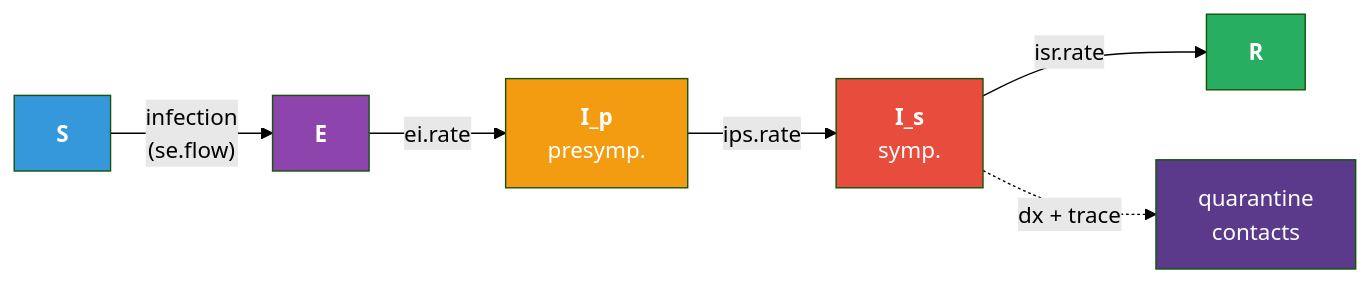
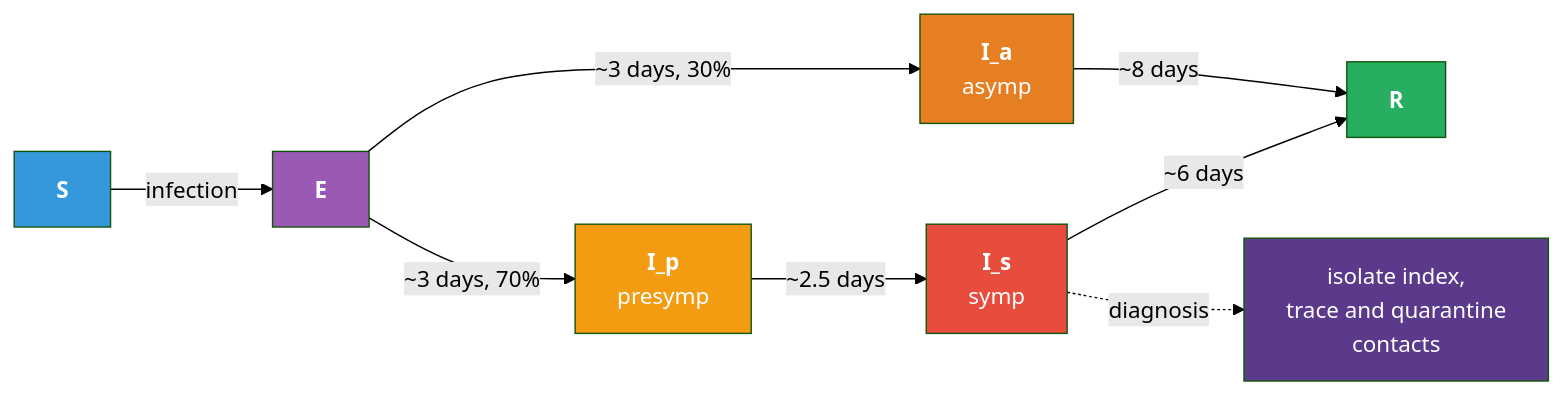
The diagram in examples/seir-contact-tracing/index.qmd (EpiModel/EpiModel-Gallery), drawn with Mermaid (forest theme) before and after one commit. The commit also changed other lines of this file and 15 other files, not shown here.

````diff
--- a/examples/seir-contact-tracing/index.qmd
+++ b/examples/seir-contact-tracing/index.qmd
@@ -35,16 +59,19 @@
 ```{mermaid}
 %%| echo: false
 flowchart LR
-    S["<b>S</b>"] -->|"infection<br/>(se.flow)"| E
-    E["<b>E</b>"] -->|"ei.rate"| Ip
-    Ip["<b>I_p</b><br/>presymp."] -->|"ips.rate"| Is
-    Is["<b>I_s</b><br/>symp."] -->|"isr.rate"| R["<b>R</b>"]
-    Is -.->|"dx + trace"| Q["quarantine<br/>contacts"]
+    S["<b>S</b>"] -->|"infection"| E
+    E["<b>E</b>"] -->|"~3 days, 70%"| Ip
+    E -->|"~3 days, 30%"| Ia["<b>I_a</b><br/>asymp"]
+    Ip["<b>I_p</b><br/>presymp"] -->|"~2.5 days"| Is["<b>I_s</b><br/>symp"]
+    Is -->|"~6 days"| R["<b>R</b>"]
+    Ia -->|"~8 days"| R
+    Is -.->|"diagnosis"| Q["isolate index,<br/>trace and quarantine<br/>contacts"]
 
     style S fill:#3498db,color:#fff
-    style E fill:#8e44ad,color:#fff
+    style E fill:#9b59b6,color:#fff
     style Ip fill:#f39c12,color:#fff
     style Is fill:#e74c3c,color:#fff
+    style Ia fill:#e67e22,color:#fff
     style R fill:#27ae60,color:#fff
     style Q fill:#5b3a8c,color:#fff
 ```
````
